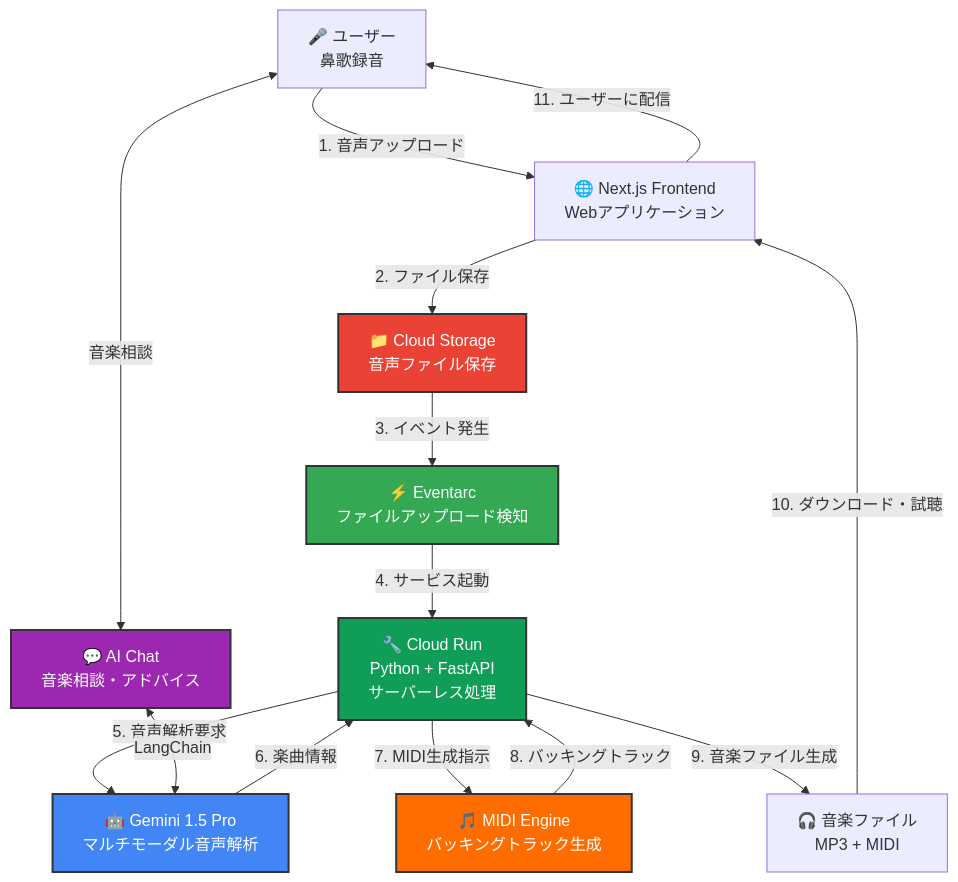
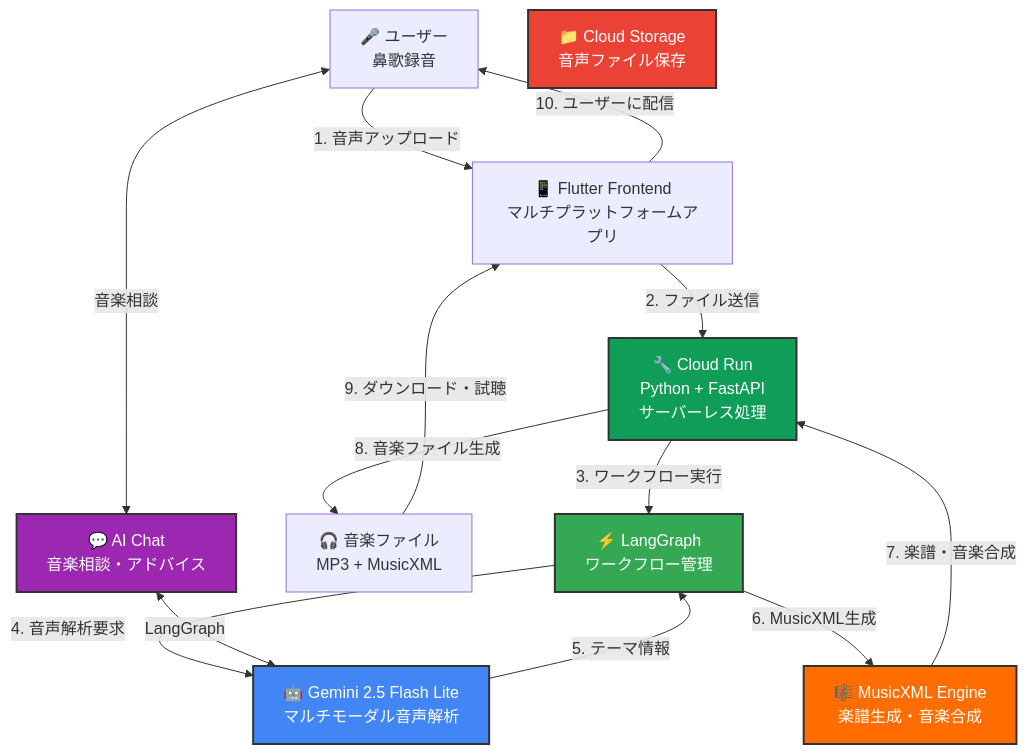
The diagram in story.md (xxkuboxx/ai-hackathon-20250502), drawn with Mermaid before and after one commit. The commit also changed other lines of this file, not shown here.

````diff
--- a/story.md
+++ b/story.md
@@ -138,42 +138,41 @@
 ```mermaid
 flowchart TD
     A["🎤 ユーザー<br/>鼻歌録音"] 
     
-    B["🌐 Next.js Frontend<br/>Webアプリケーション"]
+    B["📱 Flutter Frontend<br/>マルチプラットフォームアプリ"]
     
     C["📁 Cloud Storage<br/>音声ファイル保存"]
     
-    D["⚡ Eventarc<br/>ファイルアップロード検知"]
+    D["⚡ LangGraph<br/>ワークフロー管理"]
     
     E["🔧 Cloud Run<br/>Python + FastAPI<br/>サーバーレス処理"]
     
-    F["🤖 Gemini 1.5 Pro<br/>マルチモーダル音声解析"]
+    F["🤖 Gemini 2.5 Flash Lite<br/>マルチモーダル音声解析"]
     
-    G["🎵 MIDI Engine<br/>バッキングトラック生成"]
+    G["🎼 MusicXML Engine<br/>楽譜生成・音楽合成"]
     
-    H["🎧 音楽ファイル<br/>MP3 + MIDI"]
+    H["🎧 音楽ファイル<br/>MP3 + MusicXML"]
     
     I["💬 AI Chat<br/>音楽相談・アドバイス"]
 
     A -->|1. 音声アップロード| B
-    B -->|2. ファイル保存| C
-    C -->|3. イベント発生| D
-    D -->|4. サービス起動| E
-    E -->|5. 音声解析要求| F
-    F -->|6. 楽曲情報| E
-    E -->|7. MIDI生成指示| G
-    G -->|8. バッキングトラック| E
-    E -->|9. 音楽ファイル生成| H
-    H -->|10. ダウンロード・試聴| B
-    B -->|11. ユーザーに配信| A
+    B -->|2. ファイル送信| E
+    E -->|3. ワークフロー実行| D
+    D -->|4. 音声解析要求| F
+    F -->|5. テーマ情報| D
+    D -->|6. MusicXML生成| G
+    G -->|7. 楽譜・音楽合成| E
+    E -->|8. 音楽ファイル生成| H
+    H -->|9. ダウンロード・試聴| B
+    B -->|10. ユーザーに配信| A
     
     A <-->|音楽相談| I
-    I <-->|LangChain| F
+    I <-->|LangGraph| F
     
     style C fill:#ea4335,stroke:#333,stroke-width:2px,color:#fff
     style D fill:#34a853,stroke:#333,stroke-width:2px,color:#fff  
     style E fill:#0f9d58,stroke:#333,stroke-width:2px,color:#fff
     style F fill:#4285f4,stroke:#333,stroke-width:2px,color:#fff
     style G fill:#ff6d01,stroke:#333,stroke-width:2px,color:#fff
     style I fill:#9c27b0,stroke:#333,stroke-width:2px,color:#fff
 ```
````
